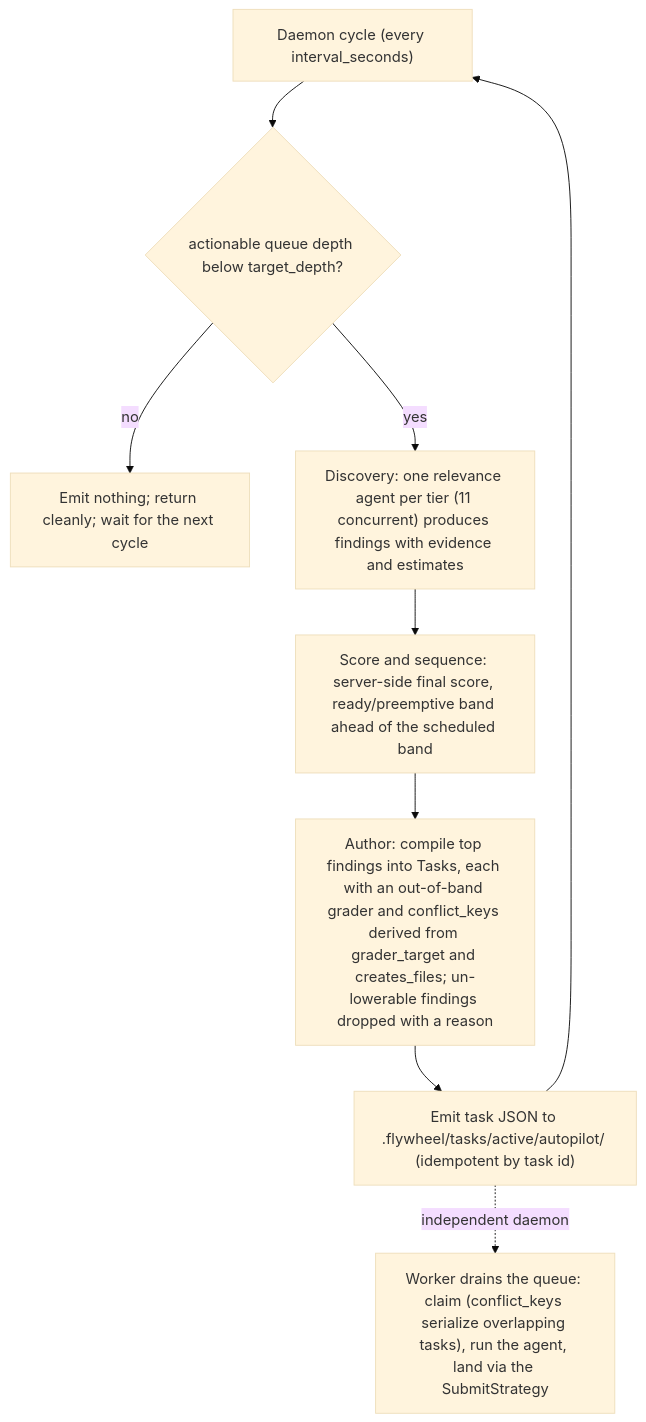
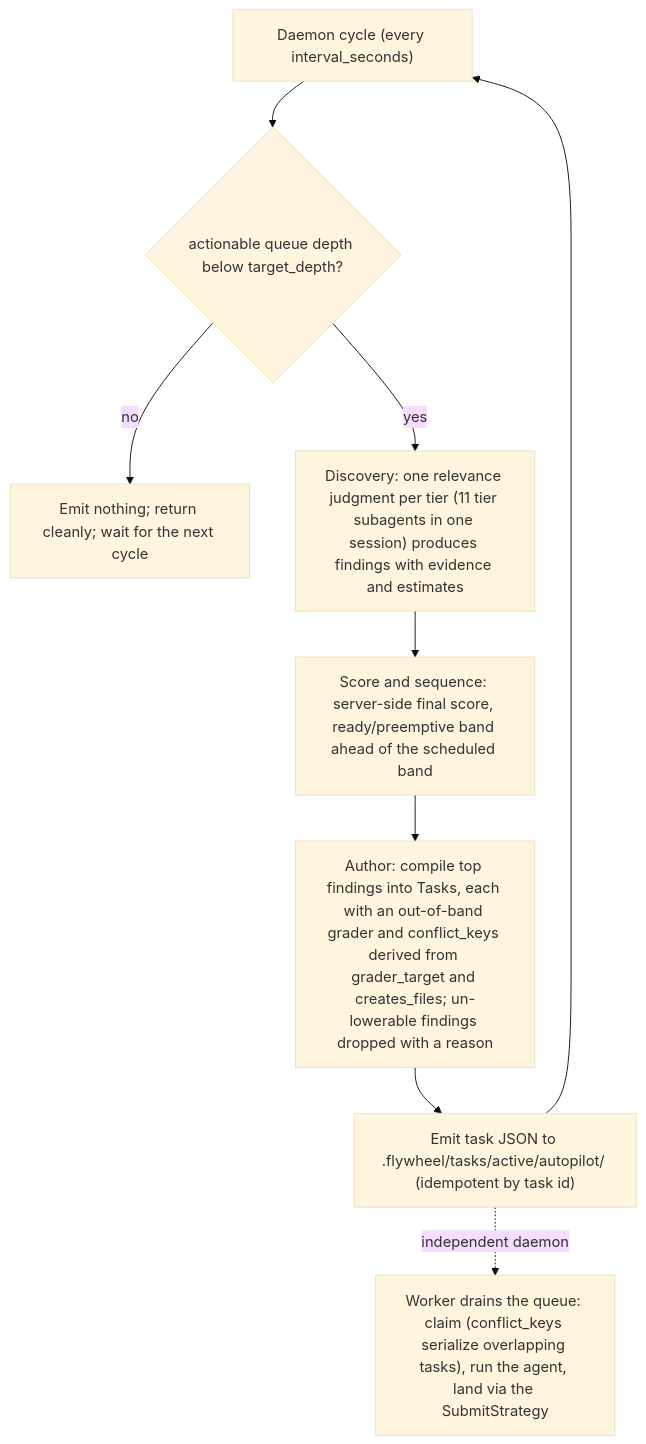
Before and after one commit to johnayoung/flywheel: the diagram in docs/autopilot.md, drawn with Mermaid (base theme). The commit also changed other lines of this file and 16 other files, not shown here.

````diff
--- a/docs/autopilot.md
+++ b/docs/autopilot.md
@@ -24,11 +24,11 @@
 ```mermaid
 flowchart TD
     START["Daemon cycle (every interval_seconds)"] --> D{"actionable queue depth below target_depth?"}
     D -->|no| WAIT["Emit nothing; return cleanly; wait for the next cycle"]
-    D -->|yes| DISC["Discovery: one relevance agent per tier (11 concurrent) produces findings with evidence and estimates"]
+    D -->|yes| DISC["Discovery: one relevance judgment per tier (11 tier subagents in one session) produces findings with evidence and estimates"]
     DISC --> SCORE["Score and sequence: server-side final score, ready/preemptive band ahead of the scheduled band"]
     SCORE --> AUTH["Author: compile top findings into Tasks, each with an out-of-band grader and conflict_keys derived from grader_target and creates_files; un-lowerable findings dropped with a reason"]
     AUTH --> EMIT["Emit task JSON to .flywheel/tasks/active/autopilot/ (idempotent by task id)"]
     EMIT --> START
     EMIT -.->|"independent daemon"| WORKER["Worker drains the queue: claim (conflict_keys serialize overlapping tasks), run the agent, land via the SubmitStrategy"]
 ```
````
